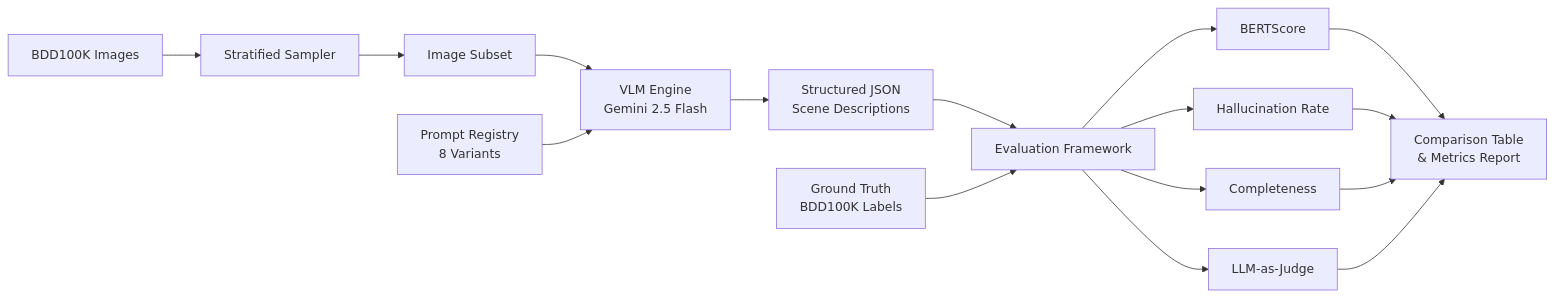
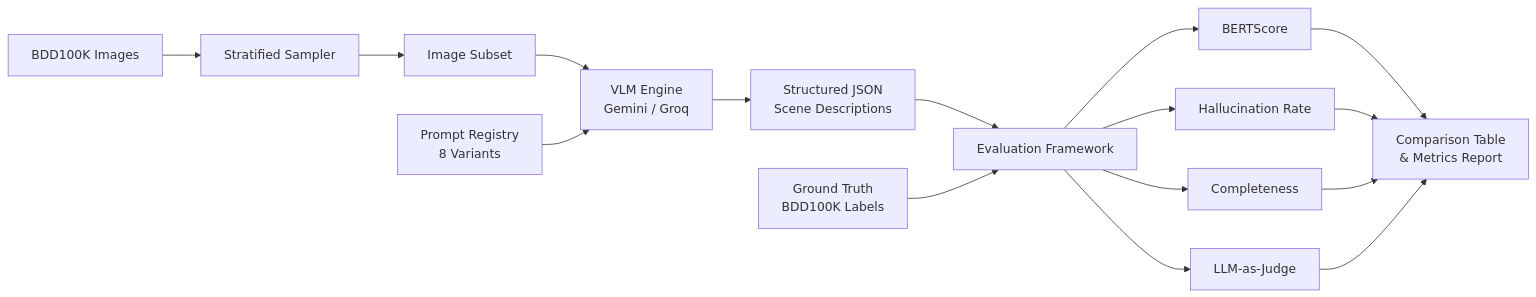
One commit to Technocrat-dev/Driver-Scene changed the first of 2 diagrams in README.md. Above: the diagram before and after it, drawn with Mermaid. The commit also changed other lines of this file and 19 other files, not shown here.

First line of the commit message:
feat: add Groq VLM backend, spatial grounding, temporal scenes, and full 8-prompt comparison

````diff
--- a/README.md
+++ b/README.md
@@ -11,15 +11,15 @@
 ```mermaid
 graph LR
     A[BDD100K Images] --> B[Stratified Sampler]
     B --> C[Image Subset]
-    C --> D[VLM Engine<br/>Gemini 2.5 Flash]
+    C --> D[VLM Engine<br/>Gemini / Groq]
     E[Prompt Registry<br/>8 Variants] --> D
     D --> F[Structured JSON<br/>Scene Descriptions]
     F --> G[Evaluation Framework]
     H[Ground Truth<br/>BDD100K Labels] --> G
     G --> I[BERTScore]
     G --> J[Hallucination Rate]
     G --> K[Completeness]
     G --> L[LLM-as-Judge]
     I & J & K & L --> M[Comparison Table<br/>& Metrics Report]
 ```
````
